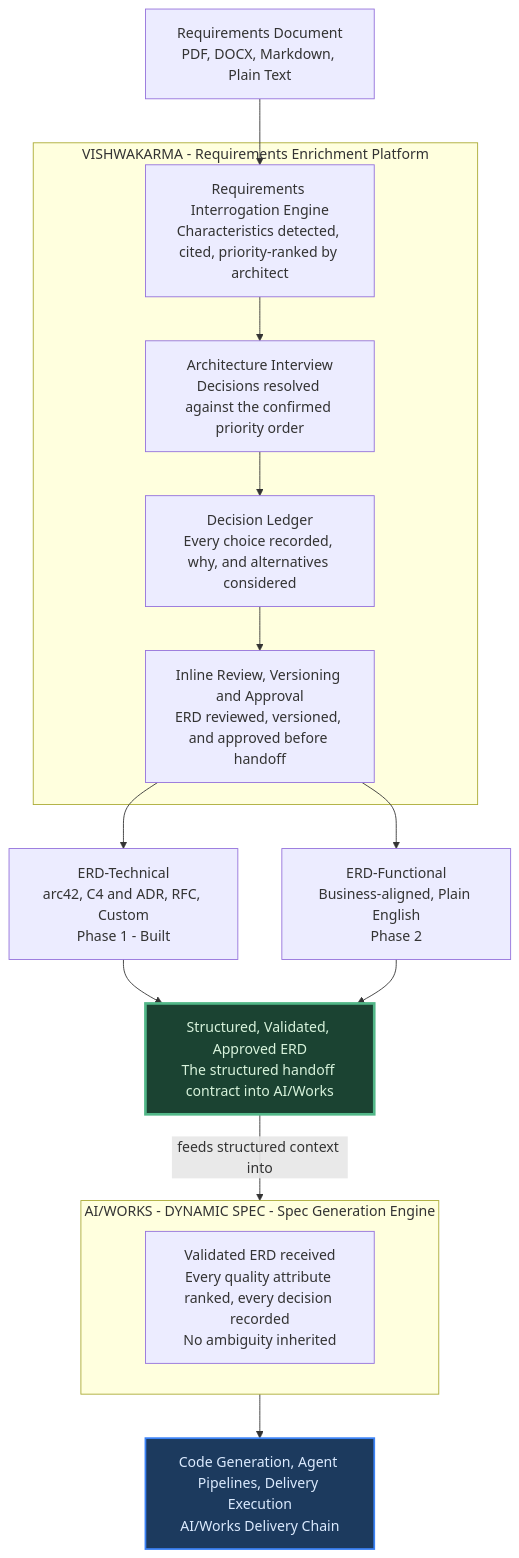
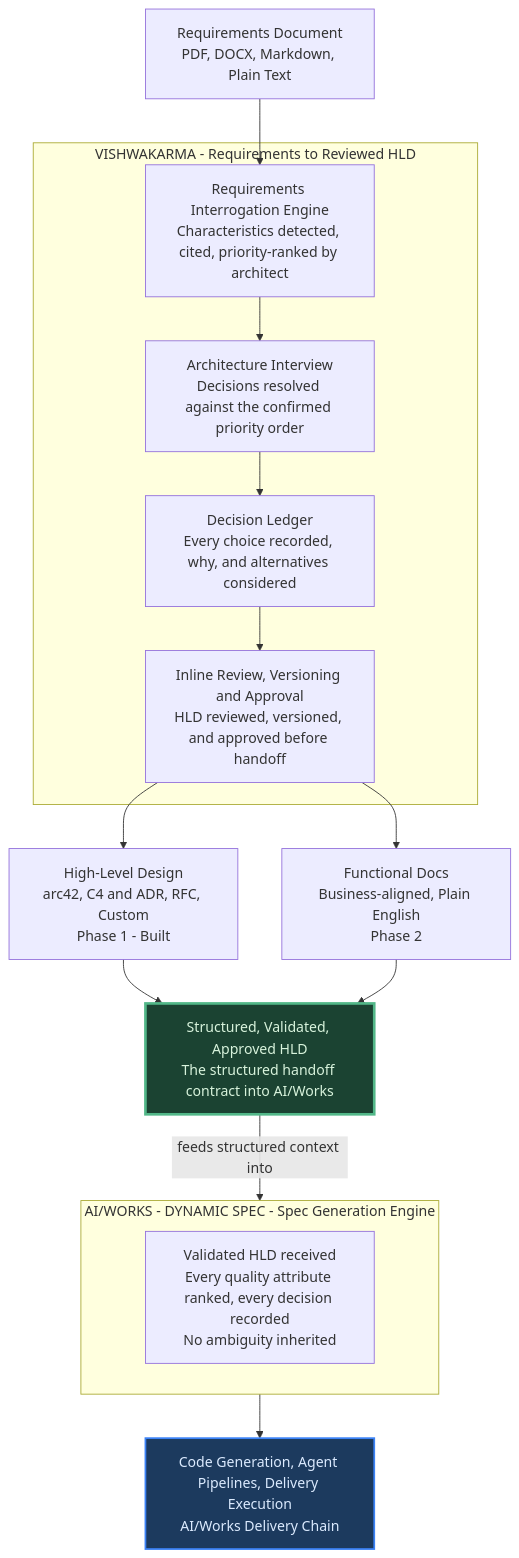
The diagram in README.md (Rohit180702/Vishwakarma-AI), drawn with Mermaid before and after one commit. The commit also changed other lines of this file and 1 other file, not shown here.

Commit message:
docs: reframe README around HLD output; drop ERD vocabulary

````diff
--- a/README.md
+++ b/README.md
@@ -196,30 +194,30 @@
 ```mermaid
 flowchart TD
     REQ["Requirements Document\nPDF, DOCX, Markdown, Plain Text"]
     REQ --> IE
 
-    subgraph VISH["VISHWAKARMA - Requirements Enrichment Platform"]
+    subgraph VISH["VISHWAKARMA - Requirements to Reviewed HLD"]
         IE["Requirements Interrogation Engine\nCharacteristics detected, cited, priority-ranked by architect"]
         INT["Architecture Interview\nDecisions resolved against the confirmed priority order"]
         DL["Decision Ledger\nEvery choice recorded, why, and alternatives considered"]
-        RV["Inline Review, Versioning and Approval\nERD reviewed, versioned, and approved before handoff"]
+        RV["Inline Review, Versioning and Approval\nHLD reviewed, versioned, and approved before handoff"]
         IE --> INT --> DL --> RV
     end
 
-    RV --> ERDT["ERD-Technical\narc42, C4 and ADR, RFC, Custom\nPhase 1 - Built"]
-    RV --> ERDF["ERD-Functional\nBusiness-aligned, Plain English\nPhase 2"]
+    RV --> HLDT["High-Level Design\narc42, C4 and ADR, RFC, Custom\nPhase 1 - Built"]
+    RV --> HLDF["Functional Docs\nBusiness-aligned, Plain English\nPhase 2"]
 
-    ERDT --> HAND["Structured, Validated, Approved ERD\nThe structured handoff contract into AI/Works"]
-    ERDF --> HAND
+    HLDT --> HAND["Structured, Validated, Approved HLD\nThe structured handoff contract into AI/Works"]
+    HLDF --> HAND
 
     HAND -->|"feeds structured context into"| DS
 
     subgraph DS["AI/WORKS - DYNAMIC SPEC - Spec Generation Engine"]
-        DSI["Validated ERD received\nEvery quality attribute ranked, every decision recorded\nNo ambiguity inherited"]
+        DSI["Validated HLD received\nEvery quality attribute ranked, every decision recorded\nNo ambiguity inherited"]
     end
 
     DS --> EXEC["Code Generation, Agent Pipelines, Delivery Execution\nAI/Works Delivery Chain"]
 
     style HAND fill:#1b4332,color:#d8f3dc,stroke:#52b788,stroke-width:3px
     style EXEC fill:#1c3a5e,color:#dbeafe,stroke:#3b82f6,stroke-width:2px
 ```
````
